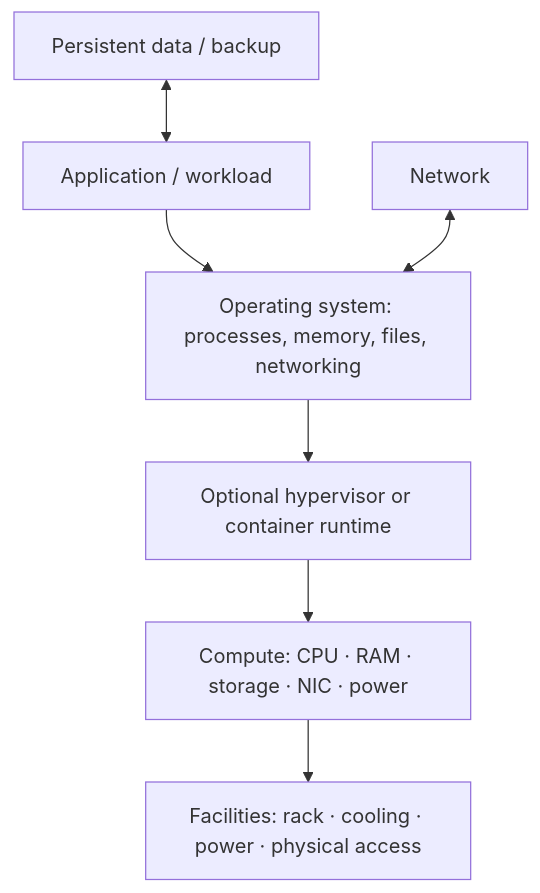
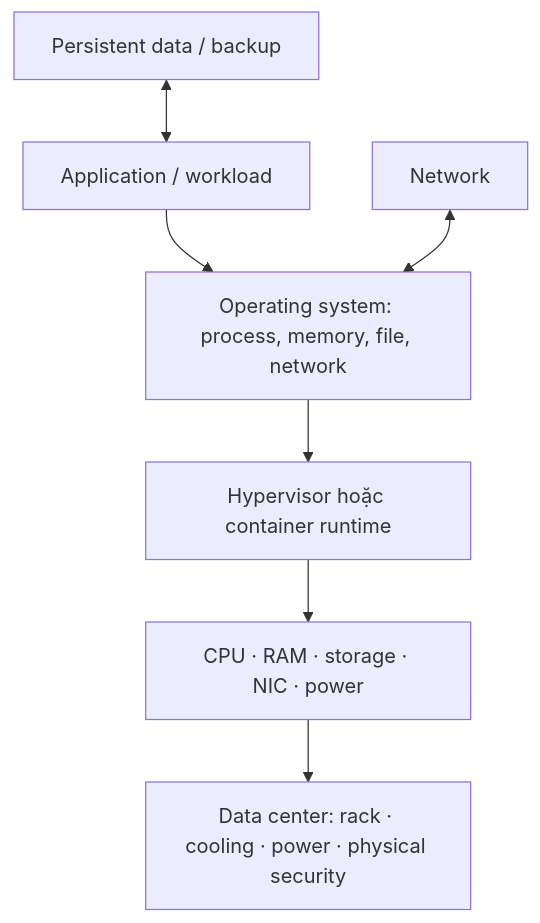
The first of 2 diagrams in IE101-co-so-ha-tang-cntt/notes/01-computer-systems.md (kittenwarrior-qb/svuit-class), drawn with Mermaid before and after one commit. The commit also changed other lines of this file and 8 other files, not shown here.

````diff
--- a/IE101-co-so-ha-tang-cntt/notes/01-computer-systems.md
+++ b/IE101-co-so-ha-tang-cntt/notes/01-computer-systems.md
@@ -7,11 +7,11 @@
 ```mermaid
 flowchart TB
   APP[Application / workload]
-  OS[Operating system: processes, memory, files, networking]
-  V[Optional hypervisor or container runtime]
-  HW[Compute: CPU · RAM · storage · NIC · power]
-  FAC[Facilities: rack · cooling · power · physical access]
+  OS[Operating system: process, memory, file, network]
+  V[Hypervisor hoặc container runtime]
+  HW[CPU · RAM · storage · NIC · power]
+  FAC[Data center: rack · cooling · power · physical security]
   APP --> OS --> V --> HW --> FAC
   NET[Network] <--> OS
   DATA[Persistent data / backup] <--> APP
 ```
````
